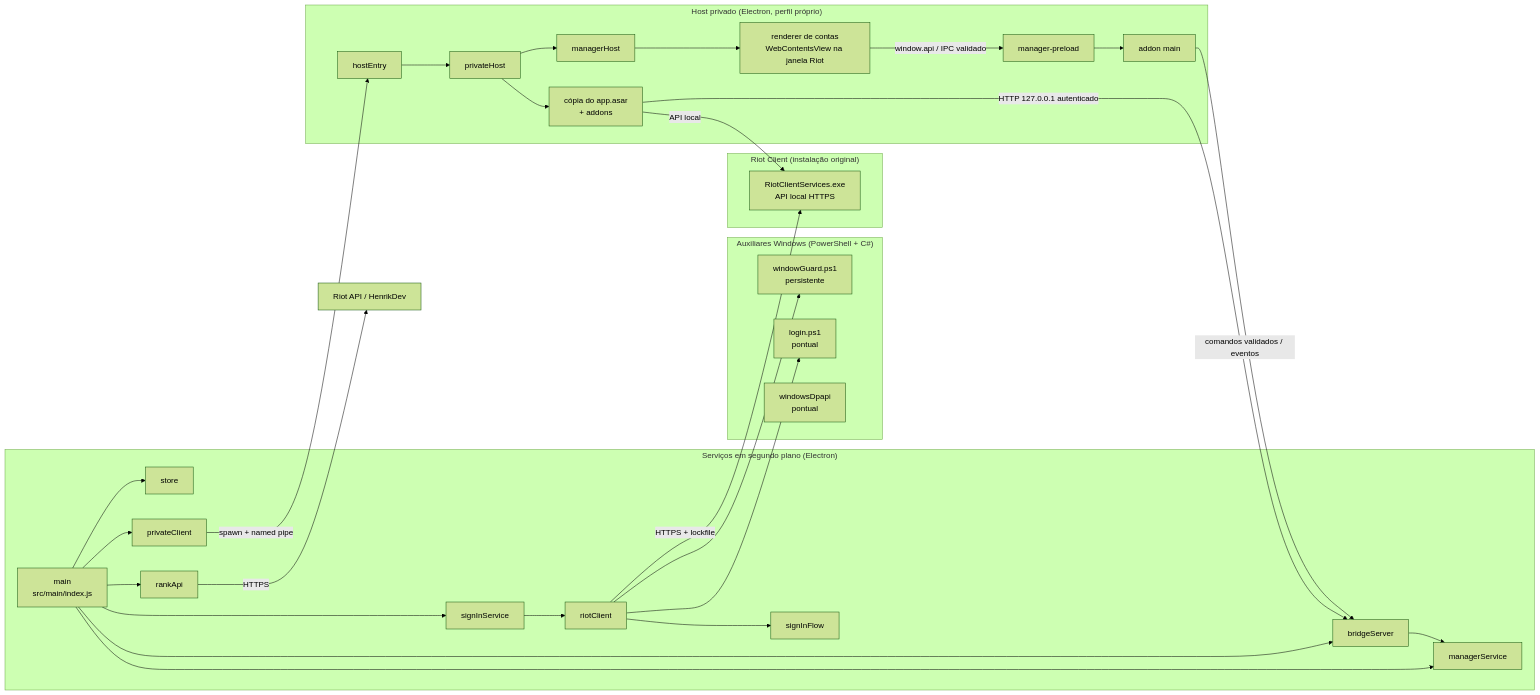
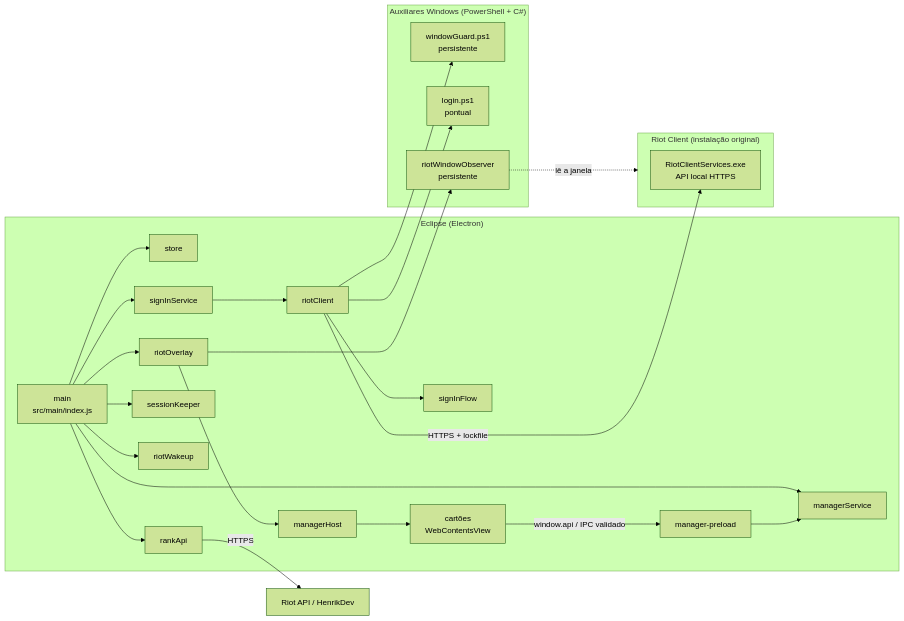
Before and after one commit to arthurmchd/eclipse: the first of 2 diagrams in docs/02 Arquitetura/Arquitetura.md, drawn with Mermaid (forest theme). The commit also changed other lines of this file and 132 other files, not shown here.

First line of the commit message:
Remove o modo antigo com a cópia privada da Riot

````diff
--- a/docs/02 Arquitetura/Arquitetura.md
+++ b/docs/02 Arquitetura/Arquitetura.md
@@ -12,42 +12,35 @@
 ```mermaid
 flowchart LR
-  subgraph Gerenciador["Serviços em segundo plano (Electron)"]
+  subgraph Eclipse["Eclipse (Electron)"]
     M["main<br/>src/main/index.js"] --> MS[managerService]
     M --> S[store]
     M --> SS[signInService]
     M --> RA[rankApi]
+    M --> SK[sessionKeeper]
+    M --> WK[riotWakeup]
+    M --> OV[riotOverlay]
     SS --> RC[riotClient]
     RC --> SF[signInFlow]
-    M --> BR[bridgeServer]
-    M --> PC[privateClient]
+    OV --> MH[managerHost]
+    MH --> V["cartões<br/>WebContentsView"]
+    V -- "window.api / IPC validado" --> MP[manager-preload]
+    MP --> MS
   end
 
   subgraph Windows["Auxiliares Windows (PowerShell + C#)"]
     WG["windowGuard.ps1<br/>persistente"]
     LG["login.ps1<br/>pontual"]
-    DP["windowsDpapi<br/>pontual"]
+    OB["riotWindowObserver<br/>persistente"]
   end
 
   subgraph Riot["Riot Client (instalação original)"]
     RCS["RiotClientServices.exe<br/>API local HTTPS"]
   end
 
-  subgraph Host["Host privado (Electron, perfil próprio)"]
-    HE[hostEntry] --> PH[privateHost]
-    PH --> UI["cópia do app.asar<br/>+ addons"]
-    PH --> MH[managerHost]
-    MH --> R["renderer de contas<br/>WebContentsView na janela Riot"]
-    R -- "window.api / IPC validado" --> MP[manager-preload]
-    MP --> AD[addon main]
-  end
-
   RC -- "HTTPS + lockfile" --> RCS
   RC --> WG
   RC --> LG
-  PC -- "spawn + named pipe" --> HE
-  UI -- "HTTP 127.0.0.1 autenticado" --> BR
-  AD -- "comandos validados / eventos" --> BR
-  BR --> MS
-  UI -- "API local" --> RCS
+  OV --> OB
+  OB -. "lê a janela" .-> Riot
   RA -- "HTTPS" --> APIs["Riot API / HenrikDev"]
 ```
````
